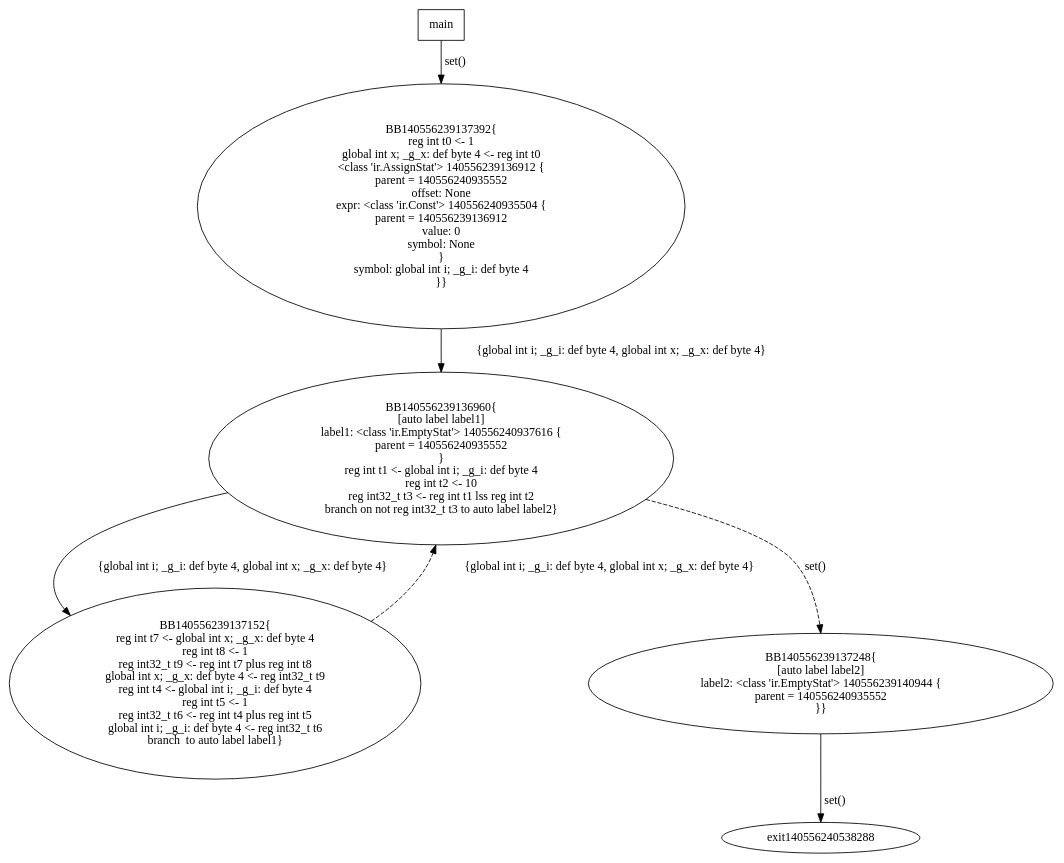
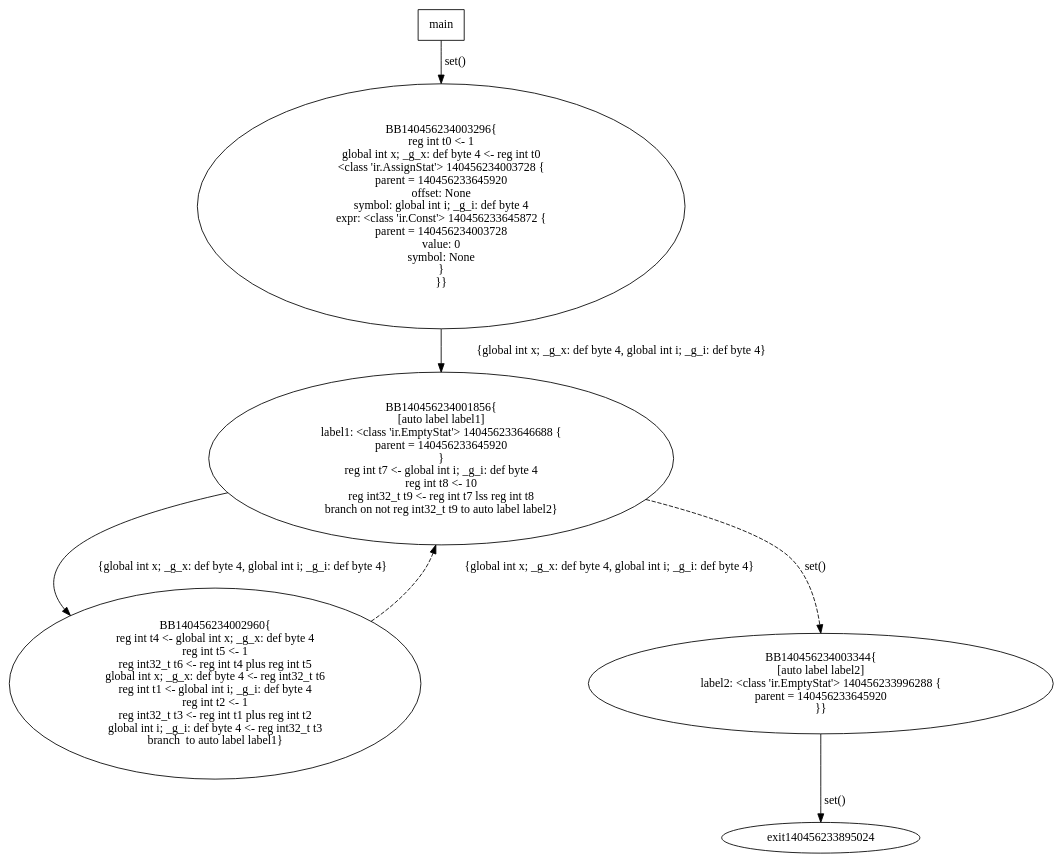
The diagram in cfg.dot (StefanoBordeianu/COT-Lab), drawn with Graphviz before and after one commit. The commit also changed 13 other files, not shown here.

```diff
--- a/cfg.dot
+++ b/cfg.dot
@@ -1,26 +1,26 @@
 digraph G {
-140556239137392 [label="BB140556239137392{\nreg int t0 <- 1\nglobal int x; _g_x: def byte 4 <- reg int t0\n<class 'ir.AssignStat'> 140556239136912 {
-parent = 140556240935552
+140456234003296 [label="BB140456234003296{\nreg int t0 <- 1\nglobal int x; _g_x: def byte 4 <- reg int t0\n<class 'ir.AssignStat'> 140456234003728 {
+parent = 140456233645920
 	offset: 	None
-	expr: 	<class 'ir.Const'> 140556240935504 {
-	parent = 140556239136912
+	symbol: 	global int i; _g_i: def byte 4
+	expr: 	<class 'ir.Const'> 140456233645872 {
+	parent = 140456234003728
 		value: 	0
 		symbol: 	None
 	}
-	symbol: 	global int i; _g_i: def byte 4
 }}"];
-140556239137392 -> 140556239136960 [label="{global int i; _g_i: def byte 4, global int x; _g_x: def byte 4}"];
-140556239136960 [label="BB140556239136960{\n[auto label label1]\nlabel1: <class 'ir.EmptyStat'> 140556240937616 {
-parent = 140556240935552
-}\nreg int t1 <- global int i; _g_i: def byte 4\nreg int t2 <- 10\nreg int32_t t3 <- reg int t1 lss reg int t2\nbranch on not reg int32_t t3 to auto label label2}"];
-140556239136960 -> 140556239137152 [label="{global int i; _g_i: def byte 4, global int x; _g_x: def byte 4}"];
-140556239136960 -> 140556239137248 [style=dashed,label="set()"];
-140556239137152 [label="BB140556239137152{\nreg int t7 <- global int x; _g_x: def byte 4\nreg int t8 <- 1\nreg int32_t t9 <- reg int t7 plus reg int t8\nglobal int x; _g_x: def byte 4 <- reg int32_t t9\nreg int t4 <- global int i; _g_i: def byte 4\nreg int t5 <- 1\nreg int32_t t6 <- reg int t4 plus reg int t5\nglobal int i; _g_i: def byte 4 <- reg int32_t t6\nbranch  to auto label label1}"];
-140556239137152 -> 140556239136960 [style=dashed,label="{global int i; _g_i: def byte 4, global int x; _g_x: def byte 4}"];
-140556239137248 [label="BB140556239137248{\n[auto label label2]\nlabel2: <class 'ir.EmptyStat'> 140556239140944 {
-parent = 140556240935552
+140456234003296 -> 140456234001856 [label="{global int x; _g_x: def byte 4, global int i; _g_i: def byte 4}"];
+140456234001856 [label="BB140456234001856{\n[auto label label1]\nlabel1: <class 'ir.EmptyStat'> 140456233646688 {
+parent = 140456233645920
+}\nreg int t7 <- global int i; _g_i: def byte 4\nreg int t8 <- 10\nreg int32_t t9 <- reg int t7 lss reg int t8\nbranch on not reg int32_t t9 to auto label label2}"];
+140456234001856 -> 140456234002960 [label="{global int x; _g_x: def byte 4, global int i; _g_i: def byte 4}"];
+140456234001856 -> 140456234003344 [style=dashed,label="set()"];
+140456234002960 [label="BB140456234002960{\nreg int t4 <- global int x; _g_x: def byte 4\nreg int t5 <- 1\nreg int32_t t6 <- reg int t4 plus reg int t5\nglobal int x; _g_x: def byte 4 <- reg int32_t t6\nreg int t1 <- global int i; _g_i: def byte 4\nreg int t2 <- 1\nreg int32_t t3 <- reg int t1 plus reg int t2\nglobal int i; _g_i: def byte 4 <- reg int32_t t3\nbranch  to auto label label1}"];
+140456234002960 -> 140456234001856 [style=dashed,label="{global int x; _g_x: def byte 4, global int i; _g_i: def byte 4}"];
+140456234003344 [label="BB140456234003344{\n[auto label label2]\nlabel2: <class 'ir.EmptyStat'> 140456233996288 {
+parent = 140456233645920
 }}"];
-140556239137248 -> exit140556240538288 [label="set()"];
+140456234003344 -> exit140456233895024 [label="set()"];
 main [shape=box];
-main -> 140556239137392 [label="set()"];
+main -> 140456234003296 [label="set()"];
 }
```
